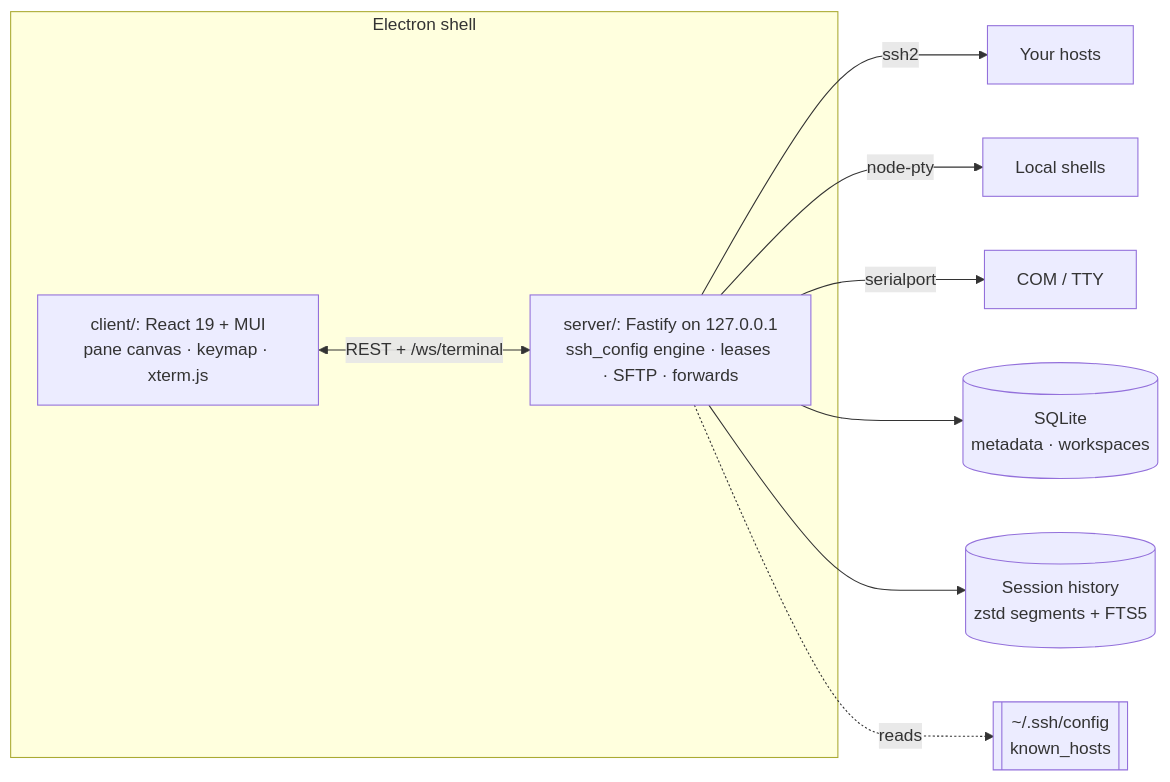
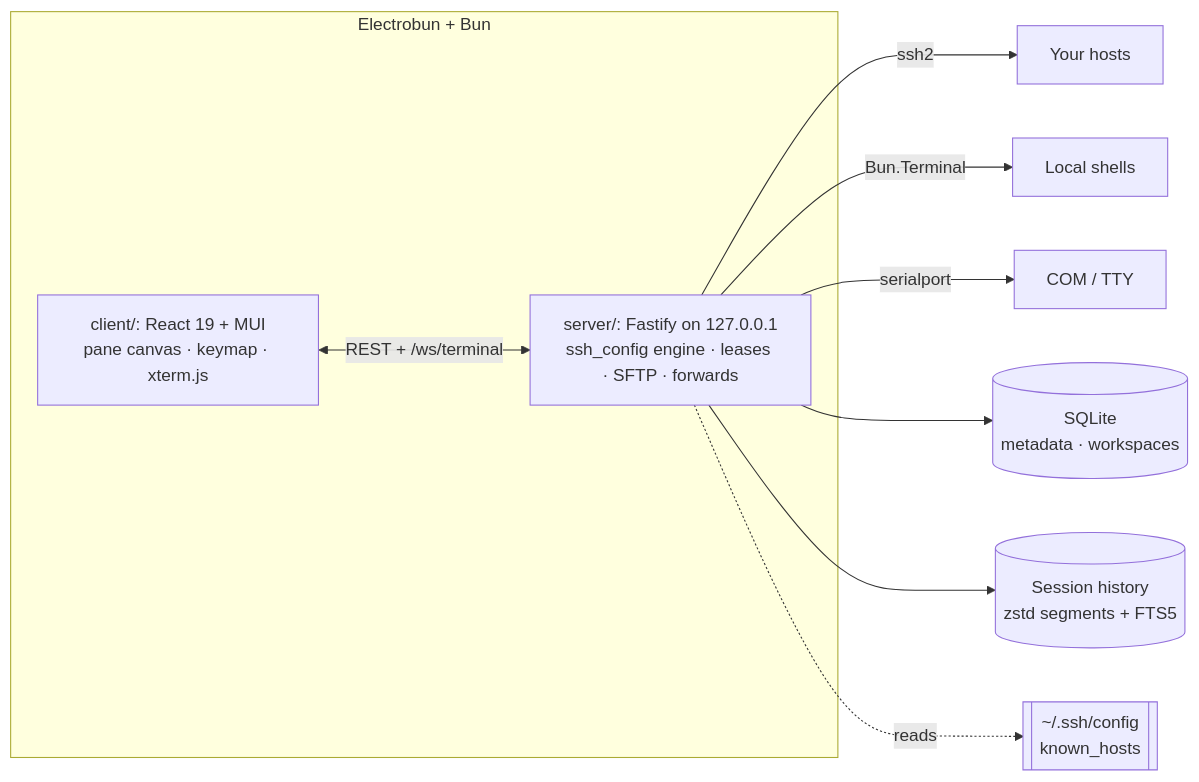
Before and after one commit to FloSch62/muxus: the diagram in docs/reference/architecture.md, drawn with Mermaid. The commit also changed other lines of this file and 124 other files, not shown here.

First line of the commit message:
Replace Electron desktop with Electrobun and Bun

````diff
--- a/docs/reference/architecture.md
+++ b/docs/reference/architecture.md
@@ -10,14 +10,14 @@
 ```mermaid
 flowchart LR
-  subgraph Desktop["Electron shell"]
+  subgraph Desktop["Electrobun + Bun"]
     Client["client/: React 19 + MUI<br/>pane canvas · keymap · xterm.js"]
     Server["server/: Fastify on 127.0.0.1<br/>ssh_config engine · leases · SFTP · forwards"]
   end
   Client <-->|"REST + /ws/terminal"| Server
   Server -->|ssh2| Hosts["Your hosts"]
-  Server -->|node-pty| Local["Local shells"]
+  Server -->|Bun.Terminal| Local["Local shells"]
   Server -->|serialport| Serial["COM / TTY"]
   Server --> DB[("SQLite<br/>metadata · workspaces")]
   Server --> History[("Session history<br/>zstd segments + FTS5")]
   Server -.reads.-> Config[["~/.ssh/config<br/>known_hosts"]]
 ```
````
